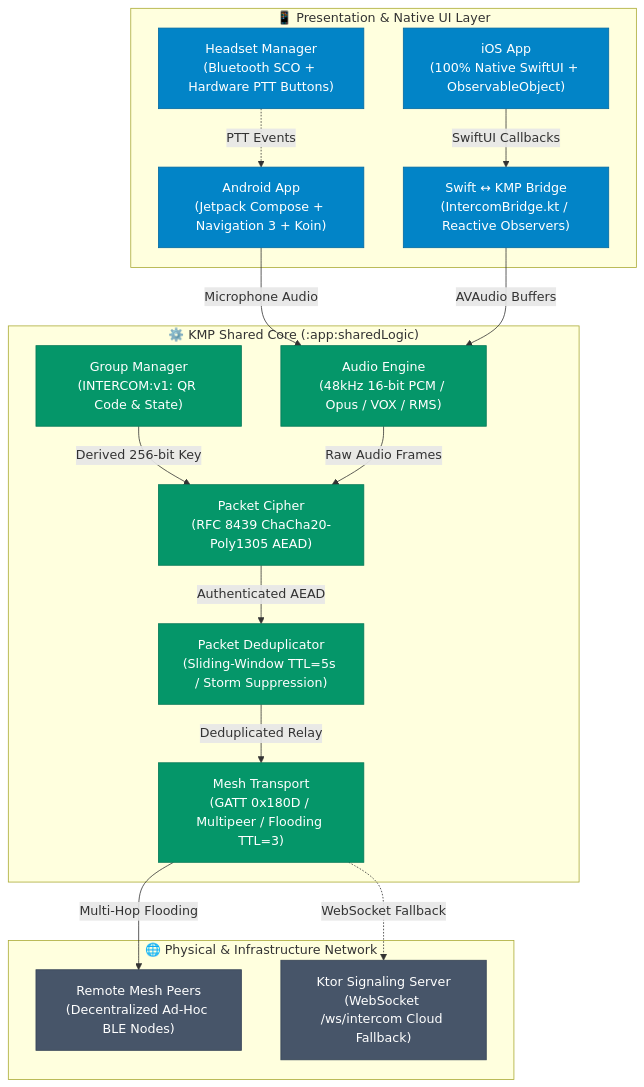
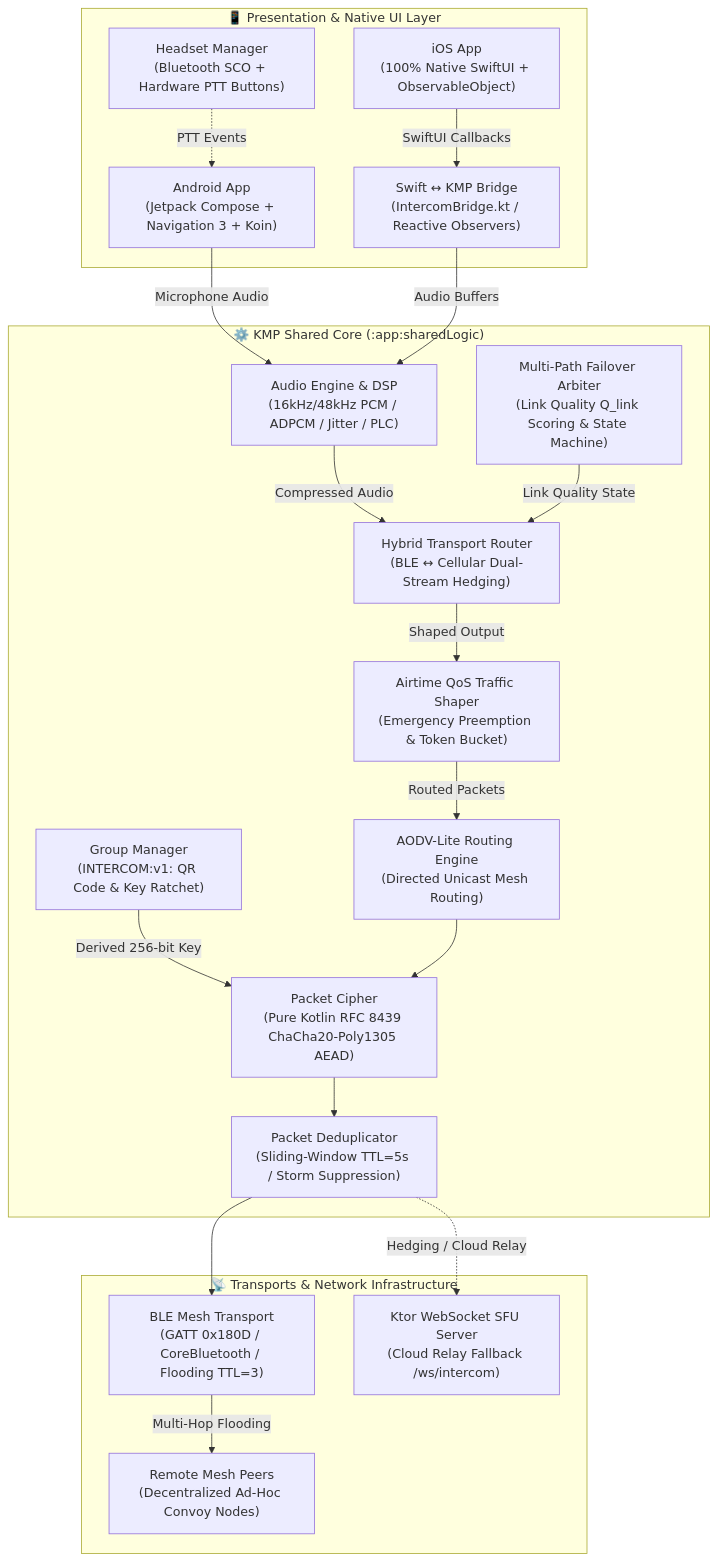
The first of 2 diagrams in docs/ARCHITECTURE.md (Nownitya/Intercom-Alpha), drawn with Mermaid before and after one commit. The commit also changed other lines of this file and 11 other files, not shown here.

````diff
--- a/docs/ARCHITECTURE.md
+++ b/docs/ARCHITECTURE.md
@@ -15,40 +15,45 @@
 ```mermaid
 graph TD
     subgraph Presentation["📱 Presentation & Native UI Layer"]
         AndroidUI["Android App<br/>(Jetpack Compose + Navigation 3 + Koin)"]
         iOSUI["iOS App<br/>(100% Native SwiftUI + ObservableObject)"]
         SwiftBridge["Swift ↔ KMP Bridge<br/>(IntercomBridge.kt / Reactive Observers)"]
         HeadsetMgr["Headset Manager<br/>(Bluetooth SCO + Hardware PTT Buttons)"]
     end
 
     subgraph KMPCore["⚙️ KMP Shared Core (:app:sharedLogic)"]
-        AudioEng["Audio Engine<br/>(48kHz 16-bit PCM / Opus / VOX / RMS)"]
-        GrpMgr["Group Manager<br/>(INTERCOM:v1: QR Code & State)"]
-        Cipher["Packet Cipher<br/>(RFC 8439 ChaCha20-Poly1305 AEAD)"]
+        AudioEng["Audio Engine & DSP<br/>(16kHz/48kHz PCM / ADPCM / Jitter / PLC)"]
+        Arbiter["Multi-Path Failover Arbiter<br/>(Link Quality Q_link Scoring & State Machine)"]
+        Router["Hybrid Transport Router<br/>(BLE ↔ Cellular Dual-Stream Hedging)"]
+        QoS["Airtime QoS Traffic Shaper<br/>(Emergency Preemption & Token Bucket)"]
+        Aodv["AODV-Lite Routing Engine<br/>(Directed Unicast Mesh Routing)"]
+        GrpMgr["Group Manager<br/>(INTERCOM:v1: QR Code & Key Ratchet)"]
+        Cipher["Packet Cipher<br/>(Pure Kotlin RFC 8439 ChaCha20-Poly1305 AEAD)"]
         Deduplicator["Packet Deduplicator<br/>(Sliding-Window TTL=5s / Storm Suppression)"]
-        MeshTrans["Mesh Transport<br/>(GATT 0x180D / Multipeer / Flooding TTL=3)"]
     end
 
-    subgraph Network["🌐 Physical & Infrastructure Network"]
-        RemotePeers["Remote Mesh Peers<br/>(Decentralized Ad-Hoc BLE Nodes)"]
-        KtorServer["Ktor Signaling Server<br/>(WebSocket /ws/intercom Cloud Fallback)"]
+    subgraph Transports["📡 Transports & Network Infrastructure"]
+        BleTrans["BLE Mesh Transport<br/>(GATT 0x180D / CoreBluetooth / Flooding TTL=3)"]
+        RemotePeers["Remote Mesh Peers<br/>(Decentralized Ad-Hoc Convoy Nodes)"]
+        KtorServer["Ktor WebSocket SFU Server<br/>(Cloud Relay Fallback /ws/intercom)"]
     end
 
     AndroidUI -->|Microphone Audio| AudioEng
     iOSUI -->|SwiftUI Callbacks| SwiftBridge
-    SwiftBridge -->|AVAudio Buffers| AudioEng
+    SwiftBridge -->|Audio Buffers| AudioEng
     HeadsetMgr -.->|PTT Events| AndroidUI
     GrpMgr -->|Derived 256-bit Key| Cipher
-    AudioEng -->|Raw Audio Frames| Cipher
-    Cipher -->|Authenticated AEAD| Deduplicator
-    Deduplicator -->|Deduplicated Relay| MeshTrans
-    MeshTrans -->|Multi-Hop Flooding| RemotePeers
-    MeshTrans -.->|WebSocket Fallback| KtorServer
+    AudioEng -->|Compressed Audio| Router
+    Arbiter -->|Link Quality State| Router
+    Router -->|Shaped Output| QoS
+    QoS -->|Routed Packets| Aodv
+    Aodv --> Cipher
+    Cipher --> Deduplicator
+    Deduplicator --> BleTrans
+    Deduplicator -.->|Hedging / Cloud Relay| KtorServer
+    BleTrans -->|Multi-Hop Flooding| RemotePeers
 
     classDef ui fill:#0284c7,stroke:#0369a1,color:#fff;
     classDef core fill:#059669,stroke:#047857,color:#fff;
     classDef net fill:#475569,stroke:#334155,color:#fff;
-    class AndroidUI,iOSUI,SwiftBridge,HeadsetMgr ui;
-    class AudioEng,GrpMgr,Cipher,Deduplicator,MeshTrans core;
-    class RemotePeers,KtorServer net;
 ```
````
